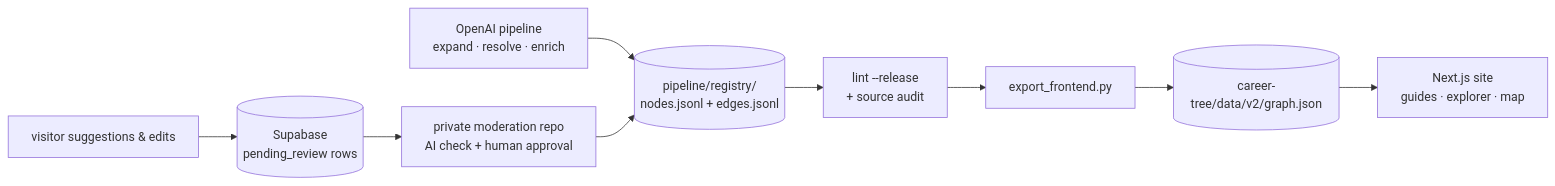
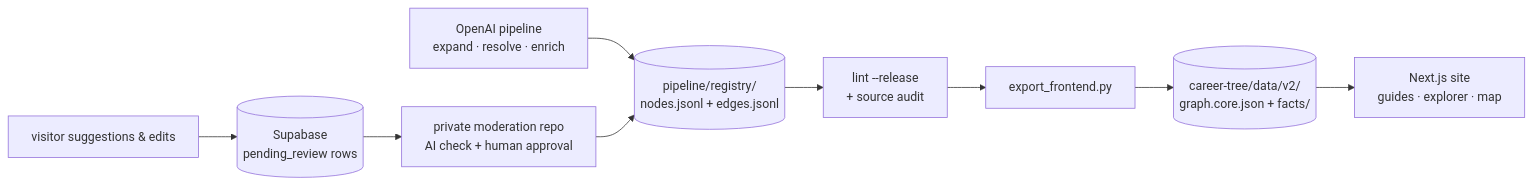
One commit to mhardik003/career-tree changed the diagram in README.md. Above: the diagram before and after it, drawn with Mermaid. The commit also changed other lines of this file and 4 other files, not shown here.

````diff
--- a/README.md
+++ b/README.md
@@ -67,11 +67,11 @@
 ```mermaid
 flowchart LR
     A["OpenAI pipeline<br/>expand · resolve · enrich"] --> B[("pipeline/registry/<br/>nodes.jsonl + edges.jsonl")]
     B --> C["lint --release<br/>+ source audit"]
     C --> D["export_frontend.py"]
-    D --> E[("career-tree/data/v2/graph.json")]
+    D --> E[("career-tree/data/v2/<br/>graph.core.json + facts/")]
     E --> F["Next.js site<br/>guides · explorer · map"]
     G["visitor suggestions & edits"] --> H[("Supabase<br/>pending_review rows")]
     H --> I["private moderation repo<br/>AI check + human approval"]
     I --> B
 ```
````
